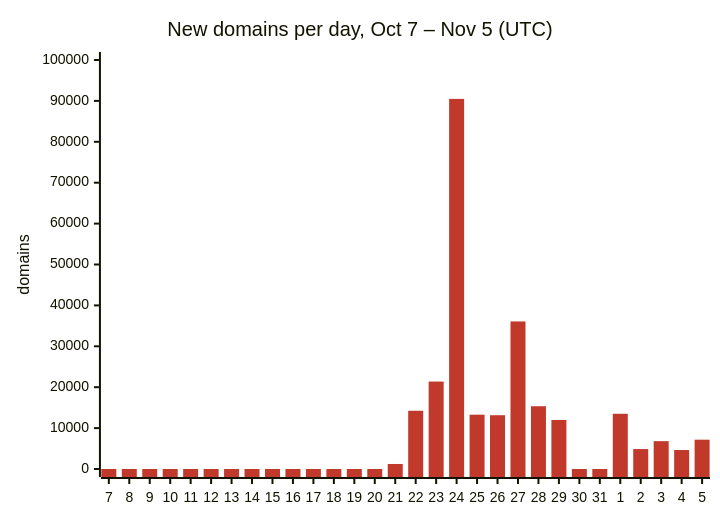
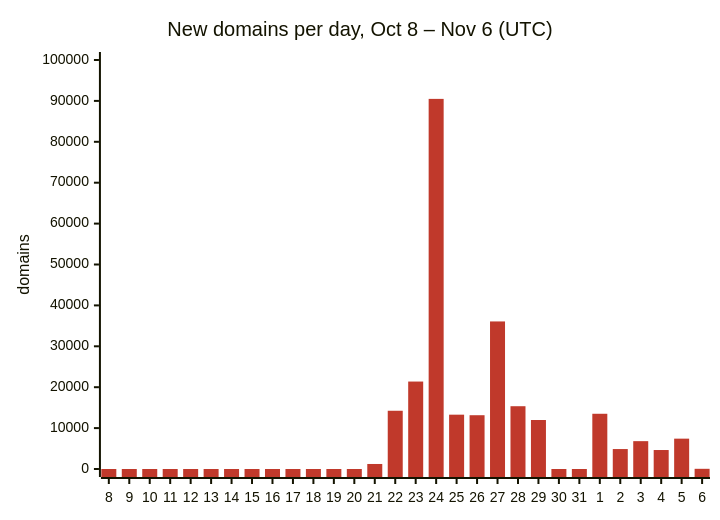
The first of 3 diagrams in README.md (DNSBunker/CTI), drawn with Mermaid before and after one commit. The commit also changed other lines of this file and 3 other files, not shown here.

First line of the commit message:
Update 2026-11-06 00:02 UTC: 193935 domains

````diff
--- a/README.md
+++ b/README.md
@@ -29,8 +29,8 @@
 ```mermaid
 %%{init: {"themeVariables": {"xyChart": {"plotColorPalette": "#c0392b"}}}}%%
 xychart-beta
-    title "New domains per day, Oct 7 – Nov 5 (UTC)"
-    x-axis ["7", "8", "9", "10", "11", "12", "13", "14", "15", "16", "17", "18", "19", "20", "21", "22", "23", "24", "25", "26", "27", "28", "29", "30", "31", "1", "2", "3", "4", "5"]
+    title "New domains per day, Oct 8 – Nov 6 (UTC)"
+    x-axis ["8", "9", "10", "11", "12", "13", "14", "15", "16", "17", "18", "19", "20", "21", "22", "23", "24", "25", "26", "27", "28", "29", "30", "31", "1", "2", "3", "4", "5", "6"]
     y-axis "domains" 0 --> 100000
-    bar [0, 0, 0, 0, 0, 0, 0, 0, 0, 0, 0, 0, 0, 0, 1227, 14240, 21381, 90492, 13281, 13149, 36078, 15350, 11978, 0, 0, 13504, 4877, 6808, 4640, 7165]
+    bar [0, 0, 0, 0, 0, 0, 0, 0, 0, 0, 0, 0, 0, 1227, 14240, 21381, 90492, 13281, 13149, 36078, 15350, 11978, 0, 0, 13504, 4877, 6808, 4640, 7419, 46]
 ```
````
